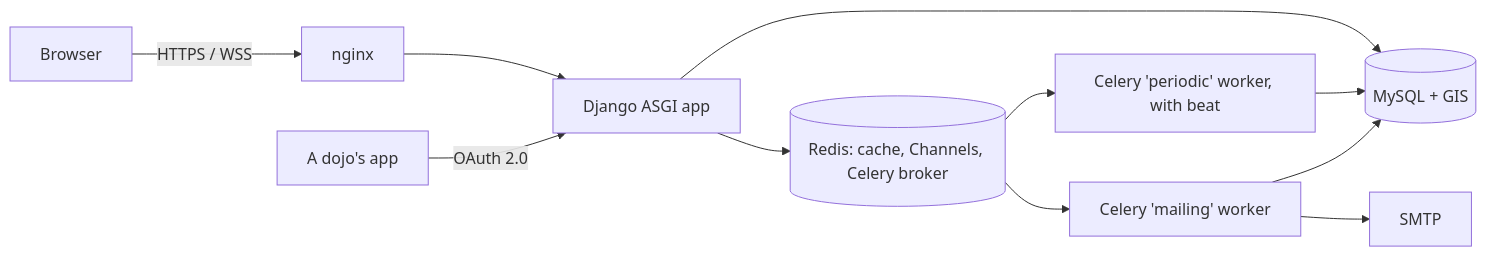
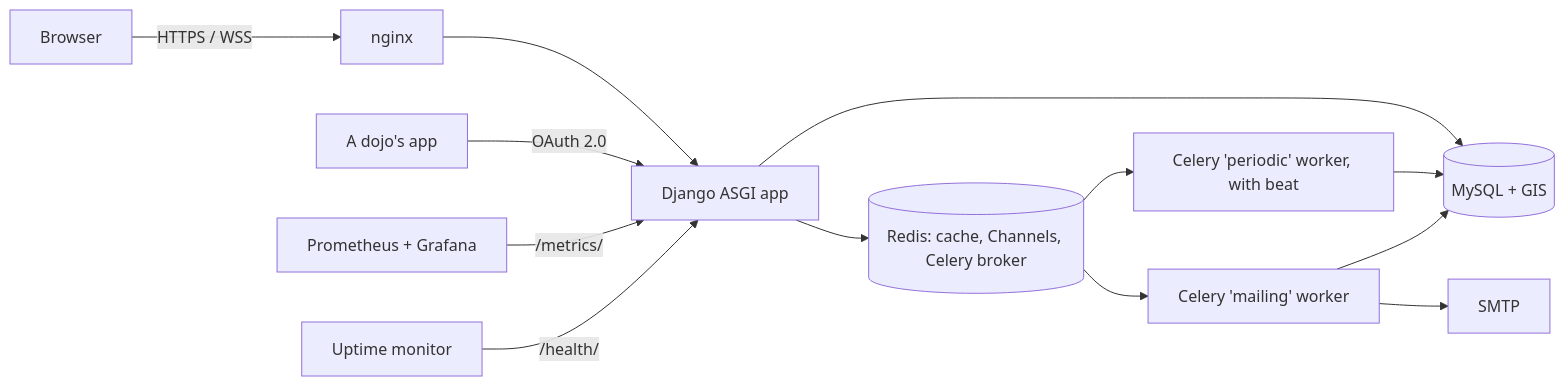
Before and after one commit to DoublG/coderdojo-event-registration: the diagram in README.md, drawn with Mermaid. The commit also changed other lines of this file, not shown here.

````diff
--- a/README.md
+++ b/README.md
@@ -107,13 +116,15 @@
 ```mermaid
 flowchart LR
     B[Browser] -->|HTTPS / WSS| N[nginx]
     N --> A[Django ASGI app]
     A --> DB[(MySQL + GIS)]
     A --> R[(Redis: cache, Channels, Celery broker)]
     R --> P[Celery 'periodic' worker, with beat]
     R --> M[Celery 'mailing' worker]
     P --> DB
     M --> DB
     M --> S[SMTP]
     APP[A dojo's app] -->|OAuth 2.0| A
+    PR[Prometheus + Grafana] -->|/metrics/| A
+    UP[Uptime monitor] -->|/health/| A
 ```
````
